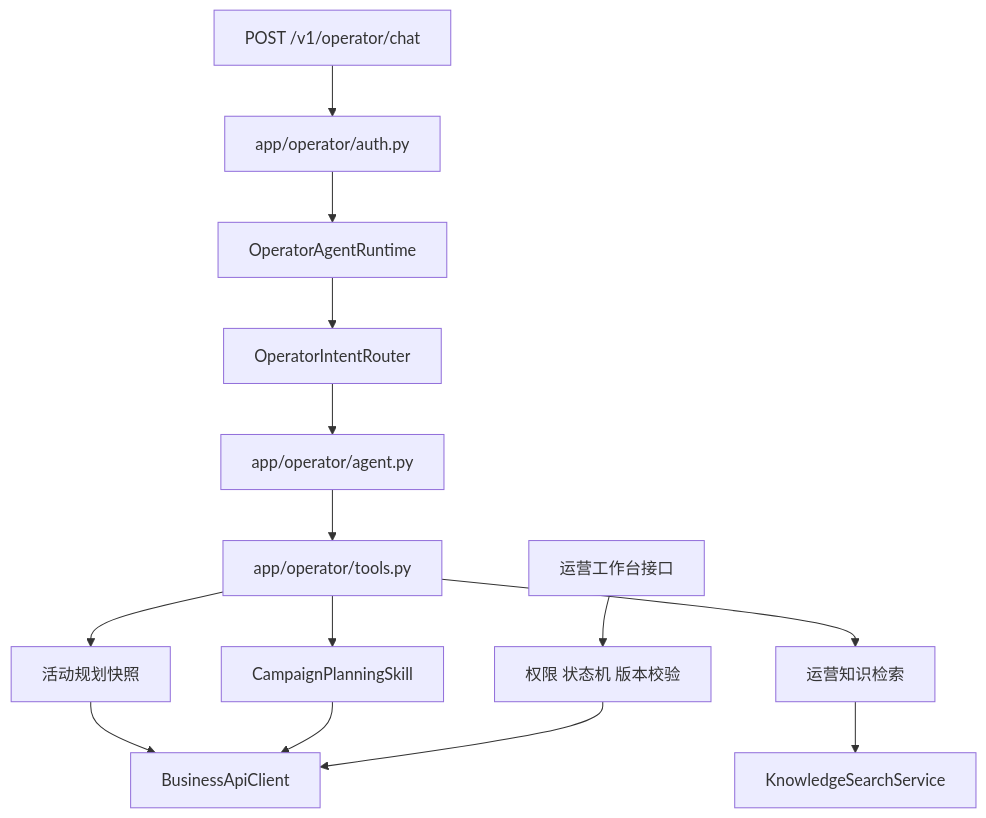
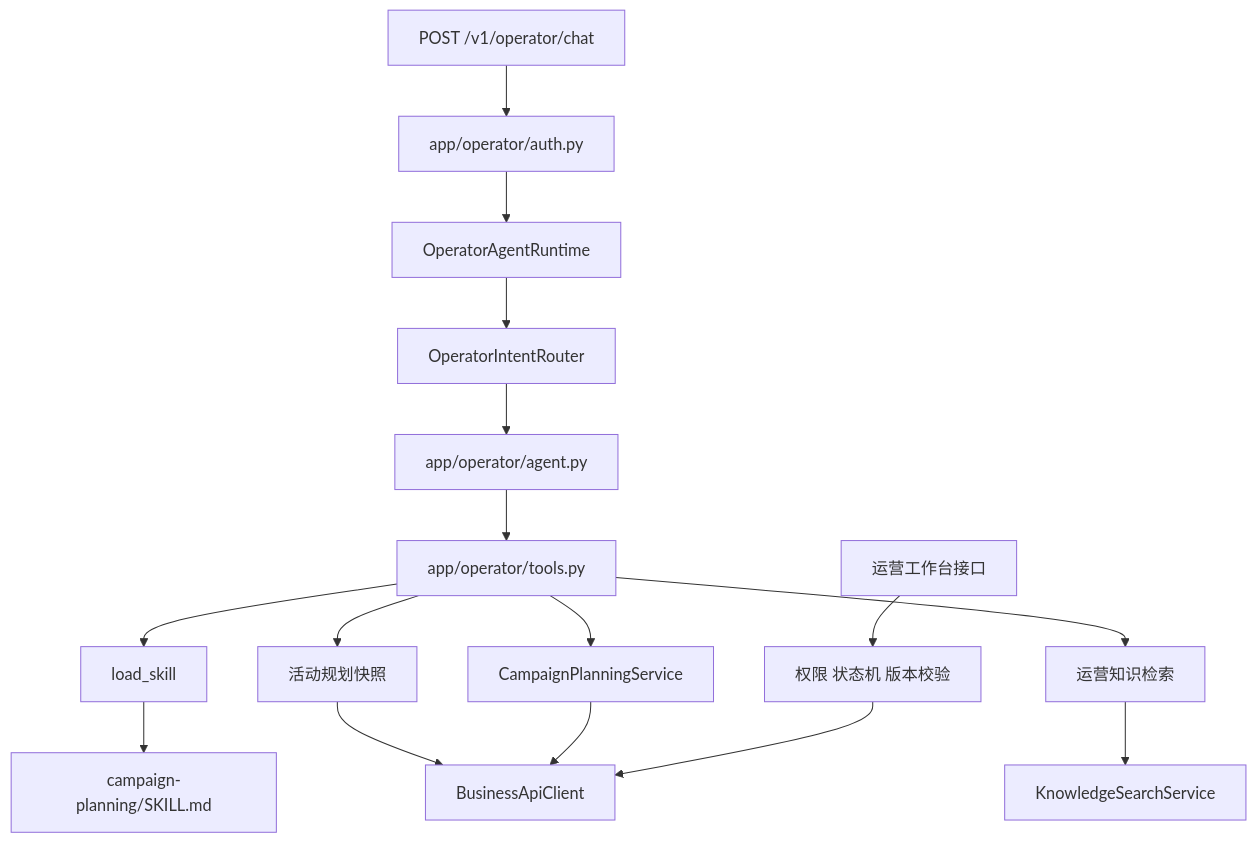
The fourth of 6 diagrams in docs/agent-design/50_Agent核心代码调用全景.md (2549704486a/java), drawn with Mermaid before and after one commit. The commit also changed other lines of this file and 27 other files, not shown here.

````diff
--- a/docs/agent-design/50_Agent核心代码调用全景.md
+++ b/docs/agent-design/50_Agent核心代码调用全景.md
@@ -75,19 +79,22 @@
 ```mermaid
 flowchart TB
     CHAT["POST /v1/operator/chat"] --> AUTH["app/operator/auth.py"]
     AUTH --> RUNTIME["OperatorAgentRuntime"]
     RUNTIME --> INTENT["OperatorIntentRouter"]
     INTENT --> AGENT["app/operator/agent.py"]
     AGENT --> TOOLS["app/operator/tools.py"]
 
+    TOOLS --> LOAD["load_skill"]
     TOOLS --> SNAPSHOT["活动规划快照"]
     TOOLS --> KNOWLEDGE["运营知识检索"]
-    TOOLS --> DRAFT["CampaignPlanningSkill"]
+    TOOLS --> DRAFT["CampaignPlanningService"]
+
+    LOAD --> SKILLDOC["campaign-planning/SKILL.md"]
 
     WORKBENCH["运营工作台接口"] --> RULES["权限 状态机 版本校验"]
 
     SNAPSHOT --> CLIENT["BusinessApiClient"]
     DRAFT --> CLIENT
     RULES --> CLIENT
     KNOWLEDGE --> SEARCH["KnowledgeSearchService"]
 ```
````
